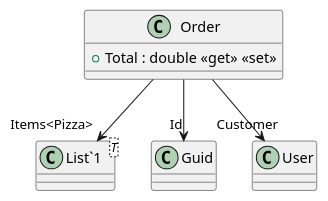
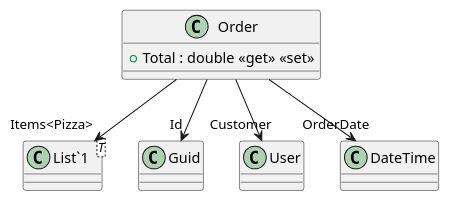
The diagram in Models/generatedPuml/Order.puml (risha700/studio_II), drawn with PlantUML before and after one commit. The commit also changed 20 other files, not shown here.

```diff
--- a/Models/generatedPuml/Order.puml
+++ b/Models/generatedPuml/Order.puml
@@ -1,10 +1,11 @@
 @startuml
 class Order {
     + Total : double <<get>> <<set>>
 }
 class "List`1"<T> {
 }
 Order --> "Id" Guid
 Order --> "Items<Pizza>" "List`1"
 Order --> "Customer" User
+Order --> "OrderDate" DateTime
 @enduml
```
